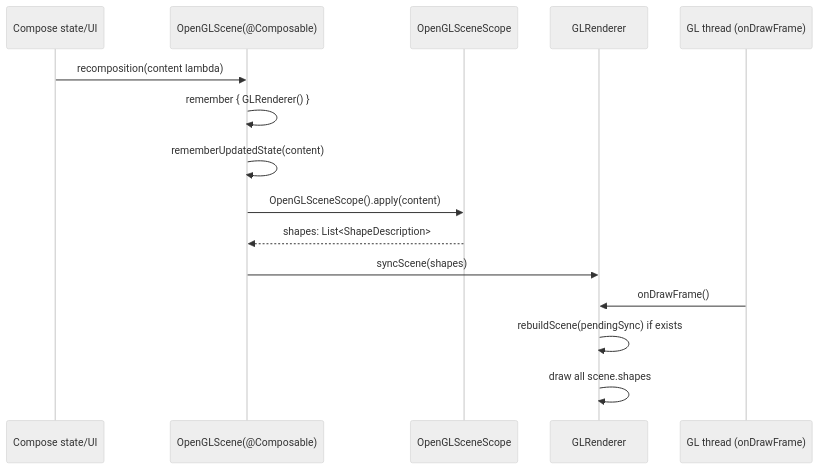
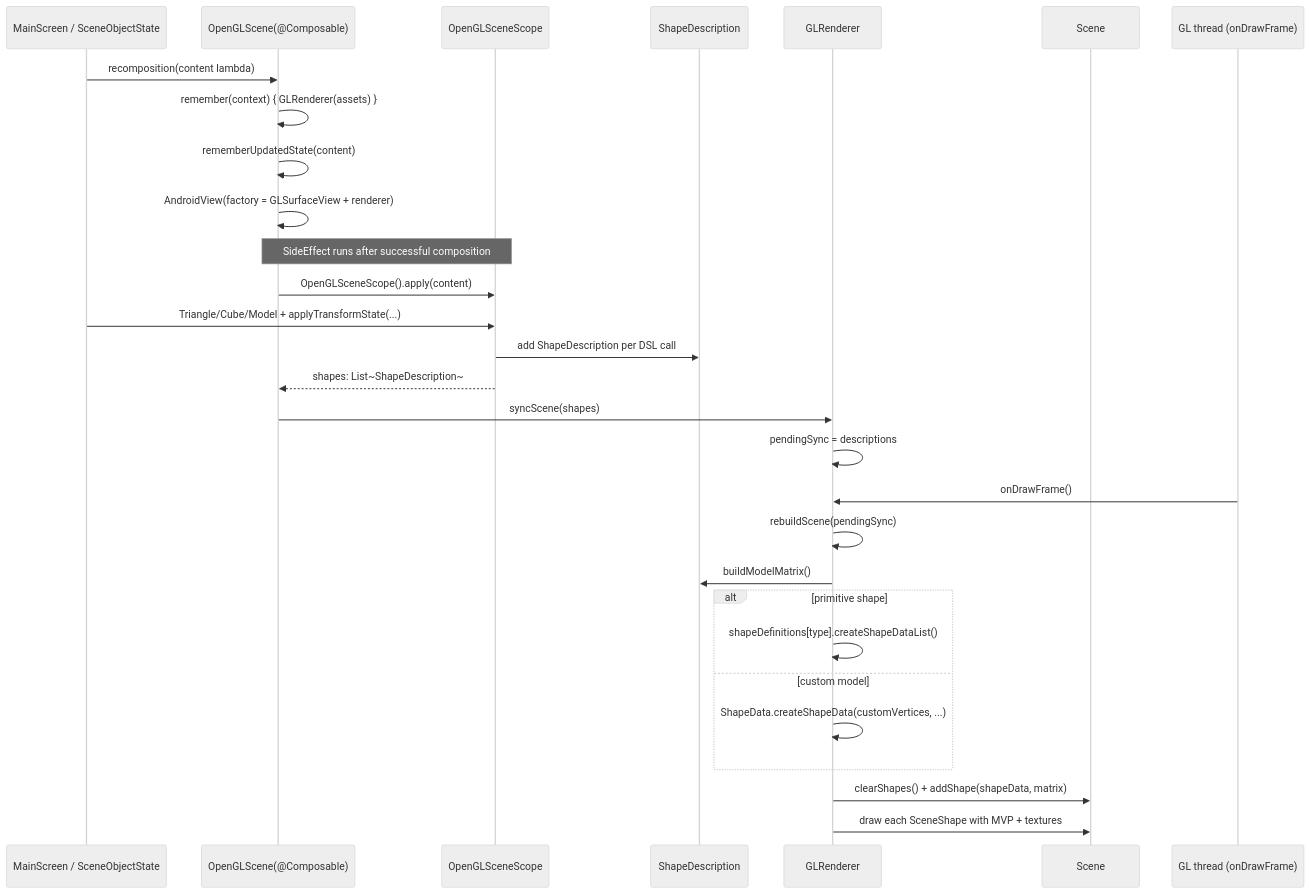
One commit to hr5h/GLViz changed the diagram in docs/uml/02-compose-to-gl-sync.md. Above: the diagram before and after it, drawn with Mermaid (neutral theme). The commit also changed 11 other files, not shown here.

````diff
--- a/docs/uml/02-compose-to-gl-sync.md
+++ b/docs/uml/02-compose-to-gl-sync.md
@@ -3,19 +3,34 @@
 ```mermaid
 sequenceDiagram
-participant UI as Compose state/UI
+participant UI as MainScreen / SceneObjectState
 participant OGS as OpenGLScene(@Composable)
 participant Scope as OpenGLSceneScope
+participant Desc as ShapeDescription
 participant Renderer as GLRenderer
+participant Scene as Scene
 participant GL as GL thread (onDrawFrame)
 
 UI->>OGS: recomposition(content lambda)
-OGS->>OGS: remember { GLRenderer() }
+OGS->>OGS: remember(context) { GLRenderer(assets) }
 OGS->>OGS: rememberUpdatedState(content)
+OGS->>OGS: AndroidView(factory = GLSurfaceView + renderer)
+
+Note over OGS,Scope: SideEffect runs after successful composition
 OGS->>Scope: OpenGLSceneScope().apply(content)
-Scope-->>OGS: shapes: List<ShapeDescription>
+UI->>Scope: Triangle/Cube/Model + applyTransformState(...)
+Scope->>Desc: add ShapeDescription per DSL call
+Scope-->>OGS: shapes: List~ShapeDescription~
 OGS->>Renderer: syncScene(shapes)
+Renderer->>Renderer: pendingSync = descriptions
 
 GL->>Renderer: onDrawFrame()
-Renderer->>Renderer: rebuildScene(pendingSync) if exists
-Renderer->>Renderer: draw all scene.shapes
+Renderer->>Renderer: rebuildScene(pendingSync)
+Renderer->>Desc: buildModelMatrix()
+alt primitive shape
+  Renderer->>Renderer: shapeDefinitions[type].createShapeDataList()
+else custom model
+  Renderer->>Renderer: ShapeData.createShapeData(customVertices, ...)
+end
+Renderer->>Scene: clearShapes() + addShape(shapeData, matrix)
+Renderer->>Scene: draw each SceneShape with MVP + textures
 ```
````
